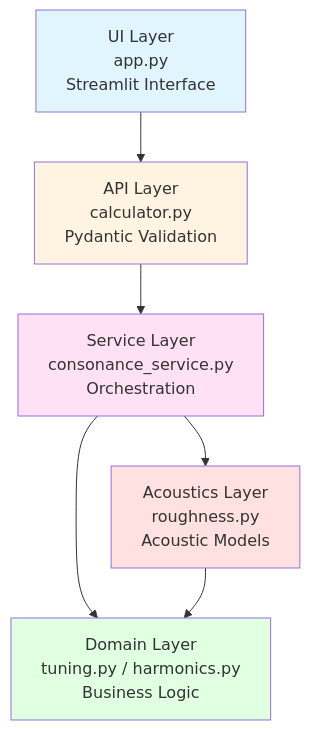
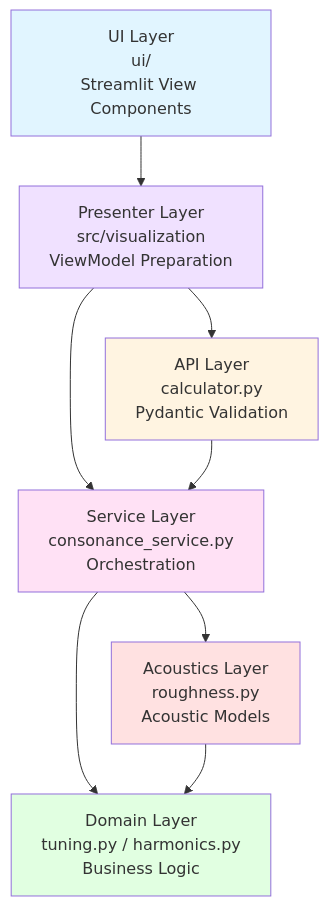
Before and after one commit to endo-ava/xenharmonic-voyager: the diagram in docs/20.development/2001.architecture-implementation.md, drawn with Mermaid. The commit also changed other lines of this file and 2 other files, not shown here.

````diff
--- a/docs/20.development/2001.architecture-implementation.md
+++ b/docs/20.development/2001.architecture-implementation.md
@@ -26,20 +27,24 @@
 ```mermaid
 graph TB
-    UI[UI Layer<br/>app.py<br/>Streamlit Interface]
+    UI[UI Layer<br/>ui/<br/>Streamlit View Components]
+    Presenter[Presenter Layer<br/>src/visualization<br/>ViewModel Preparation]
     API[API Layer<br/>calculator.py<br/>Pydantic Validation]
     Service[Service Layer<br/>consonance_service.py<br/>Orchestration]
     Domain[Domain Layer<br/>tuning.py / harmonics.py<br/>Business Logic]
     Acoustics[Acoustics Layer<br/>roughness.py<br/>Acoustic Models]
 
-    UI --> API
+    UI --> Presenter
+    Presenter --> API
+    Presenter --> Service
     API --> Service
     Service --> Domain
     Service --> Acoustics
     Acoustics --> Domain
 
     style UI fill:#e1f5ff
+    style Presenter fill:#f0e1ff
     style API fill:#fff4e1
     style Service fill:#ffe1f5
     style Domain fill:#e1ffe1
     style Acoustics fill:#ffe1e1
 ```
````
